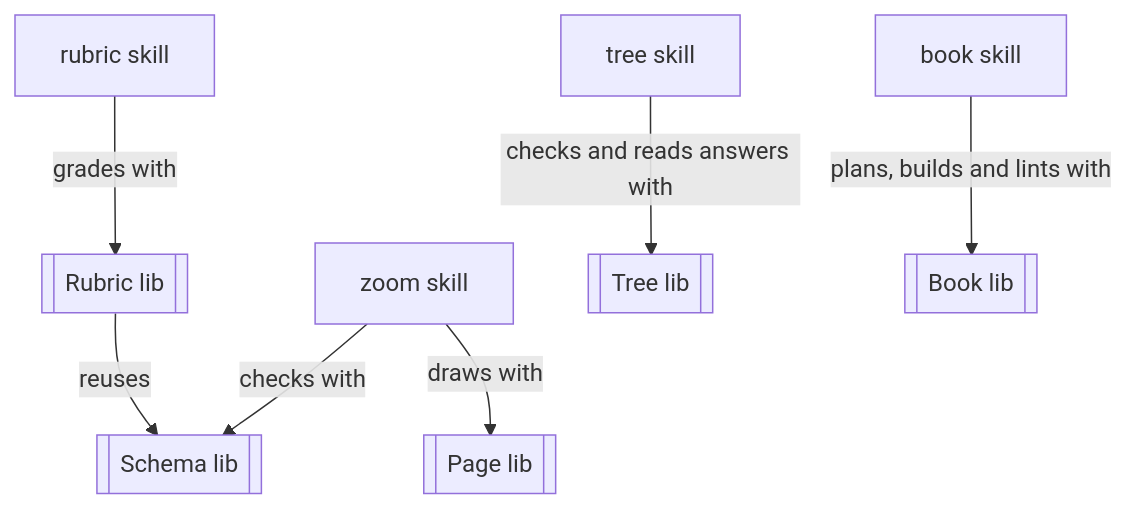
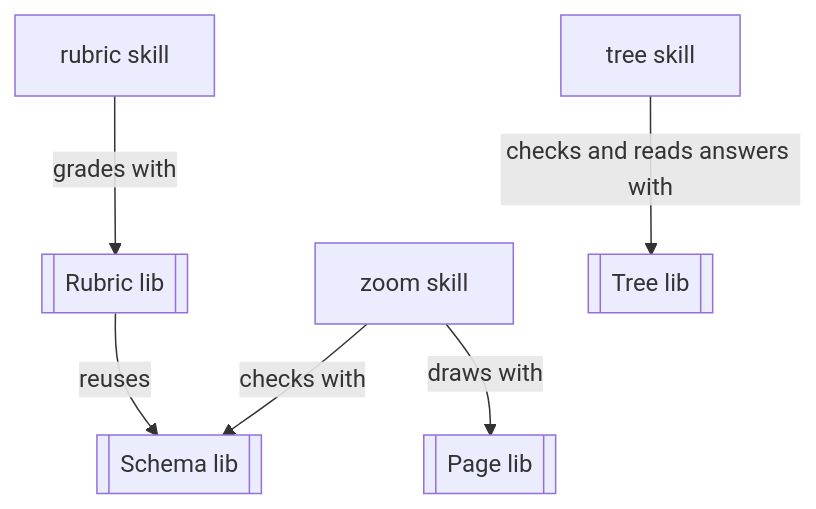
Before and after one commit to kalaluthien/mumu-claude-plugin: the second of 3 diagrams in README.md, drawn with Mermaid. The commit also changed other lines of this file and 86 other files, not shown here.

First line of the commit message:
Remove the paperwork book skill (#1044)

````diff
--- a/README.md
+++ b/README.md
@@ -79,18 +79,15 @@
 ```mermaid
 flowchart TB
   n_zoom["zoom skill"]
   n_rubric["rubric skill"]
   n_schema[["Schema lib"]]
   n_page[["Page lib"]]
   n_spec[["Rubric lib"]]
   n_tree["tree skill"]
   n_plan[["Tree lib"]]
-  n_book["book skill"]
-  n_booklib[["Book lib"]]
   n_zoom -->|"checks with"| n_schema
   n_zoom -->|"draws with"| n_page
   n_rubric -->|"grades with"| n_spec
   n_spec -->|"reuses"| n_schema
   n_tree -->|"checks and reads answers with"| n_plan
-  n_book -->|"plans, builds and lints with"| n_booklib
 ```
````
